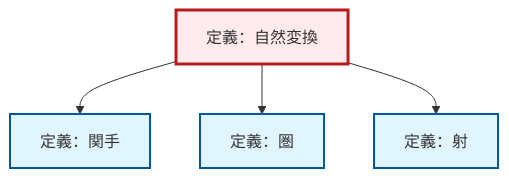
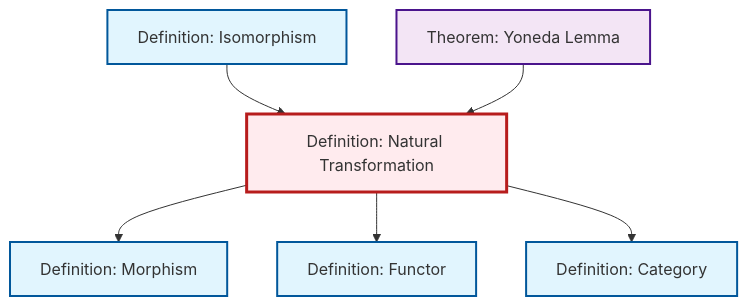
One commit to RK0429/ModernMath changed the diagram in content/ja/category-theory/def-natural-transformation.qmd. Above: the diagram before and after it, drawn with Mermaid. The commit also changed 203 other files, not shown here.

````diff
--- a/content/ja/category-theory/def-natural-transformation.qmd
+++ b/content/ja/category-theory/def-natural-transformation.qmd
@@ -60,21 +60,21 @@
 ```{mermaid}
-%%| fig-cap: "ローカル依存関係グラフ"
+%%| fig-cap: "Local dependency graph"
 graph TD
     classDef definition fill:#e1f5fe,stroke:#01579b,stroke-width:2px
     classDef theorem fill:#f3e5f5,stroke:#4a148c,stroke-width:2px
     classDef axiom fill:#fff3e0,stroke:#e65100,stroke-width:2px
     classDef example fill:#e8f5e9,stroke:#1b5e20,stroke-width:2px
     classDef current fill:#ffebee,stroke:#b71c1c,stroke-width:3px
-    def-functor["定義：関手"]:::definition
-    def-morphism["定義：射"]:::definition
-    def-natural-transformation["定義：自然変換"]:::definition
-    def-category["定義：圏"]:::definition
+    def-isomorphism["Definition: Isomorphism"]:::definition
+    def-morphism["Definition: Morphism"]:::definition
+    def-functor["Definition: Functor"]:::definition
+    def-category["Definition: Category"]:::definition
+    thm-yoneda["Theorem: Yoneda Lemma"]:::theorem
+    def-natural-transformation["Definition: Natural Transformation"]:::definition
+    def-natural-transformation --> def-morphism
+    def-isomorphism --> def-natural-transformation
     def-natural-transformation --> def-functor
     def-natural-transformation --> def-category
-    def-natural-transformation --> def-morphism
+    thm-yoneda --> def-natural-transformation
     class def-natural-transformation current
-
-    click def-functor "def-functor.html" "Go to 定義：関手"
-    click def-morphism "def-morphism.html" "Go to 定義：射"
-    click def-category "def-category.html" "Go to 定義：圏"
 ```
````
